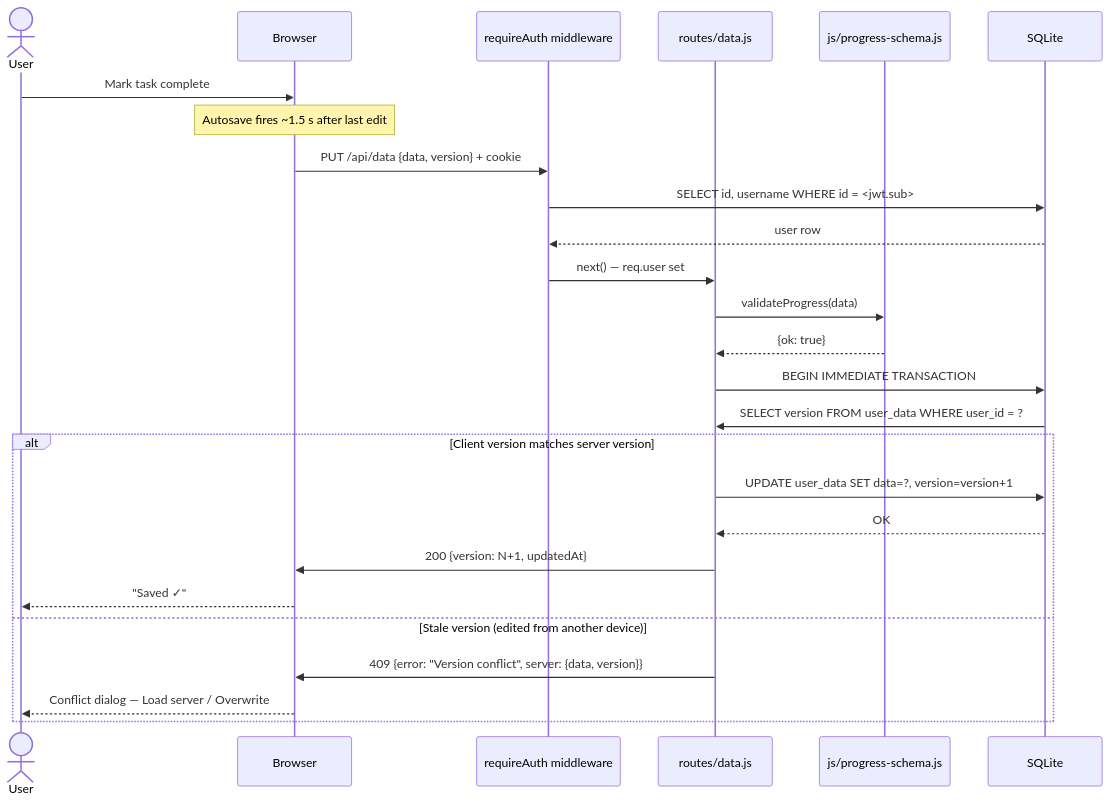
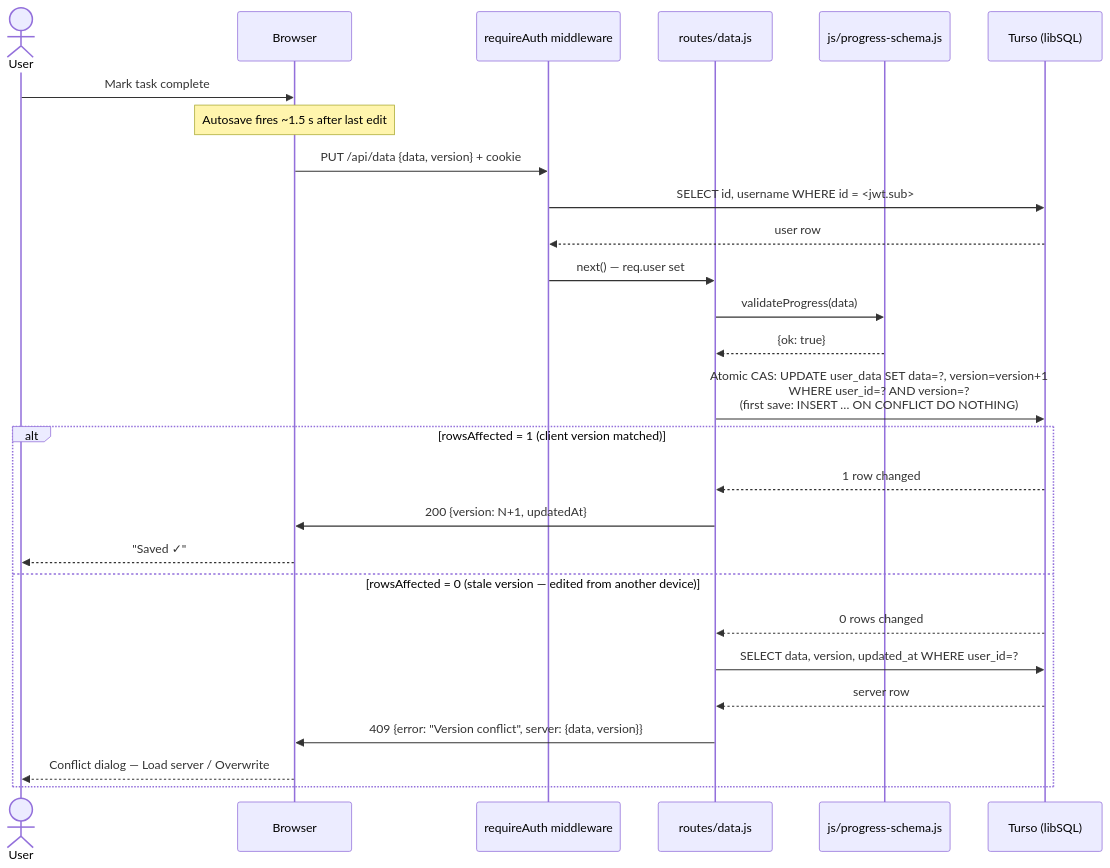
One commit to imkushwaha/roadmap-tracker-app changed the sixth of 7 diagrams in README.md. Above: the diagram before and after it, drawn with Mermaid. The commit also changed other lines of this file and 20 other files, not shown here.

Commit message:
Migrate database from better-sqlite3 to Turso (libSQL)

````diff
--- a/README.md
+++ b/README.md
@@ -361,32 +365,33 @@
 ```mermaid
 sequenceDiagram
     actor U  as User
     participant B  as Browser
     participant MW as requireAuth middleware
     participant DR as routes/data.js
     participant SC as js/progress-schema.js
-    participant DB as SQLite
+    participant DB as Turso (libSQL)
 
     U  ->> B:  Mark task complete
     Note over B: Autosave fires ~1.5 s after last edit
     B  ->> MW: PUT /api/data {data, version} + cookie
     MW ->> DB: SELECT id, username WHERE id = <jwt.sub>
     DB -->> MW: user row
     MW ->> DR: next() — req.user set
 
     DR ->> SC: validateProgress(data)
     SC -->> DR: {ok: true}
 
-    DR ->> DB: BEGIN IMMEDIATE TRANSACTION
-    DB ->> DR: SELECT version FROM user_data WHERE user_id = ?
+    DR ->> DB: Atomic CAS: UPDATE user_data SET data=?, version=version+1<br/>WHERE user_id=? AND version=?<br/>(first save: INSERT … ON CONFLICT DO NOTHING)
 
-    alt Client version matches server version
-        DR ->> DB: UPDATE user_data SET data=?, version=version+1
-        DB -->> DR: OK
+    alt rowsAffected = 1 (client version matched)
+        DB -->> DR: 1 row changed
         DR ->> B:  200 {version: N+1, updatedAt}
         B  -->> U: "Saved ✓"
-    else Stale version (edited from another device)
+    else rowsAffected = 0 (stale version — edited from another device)
+        DB -->> DR: 0 rows changed
+        DR ->> DB: SELECT data, version, updated_at WHERE user_id=?
+        DB -->> DR: server row
         DR ->> B:  409 {error: "Version conflict", server: {data, version}}
         B  -->> U: Conflict dialog — Load server / Overwrite
     end
 ```
````
